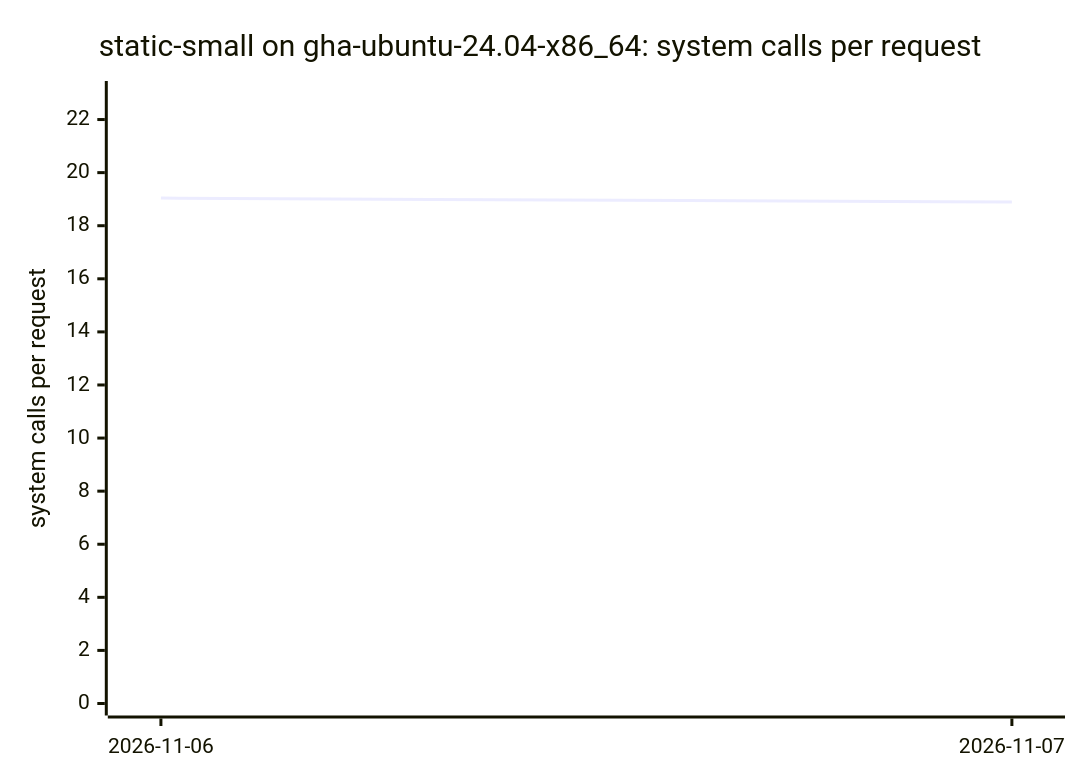
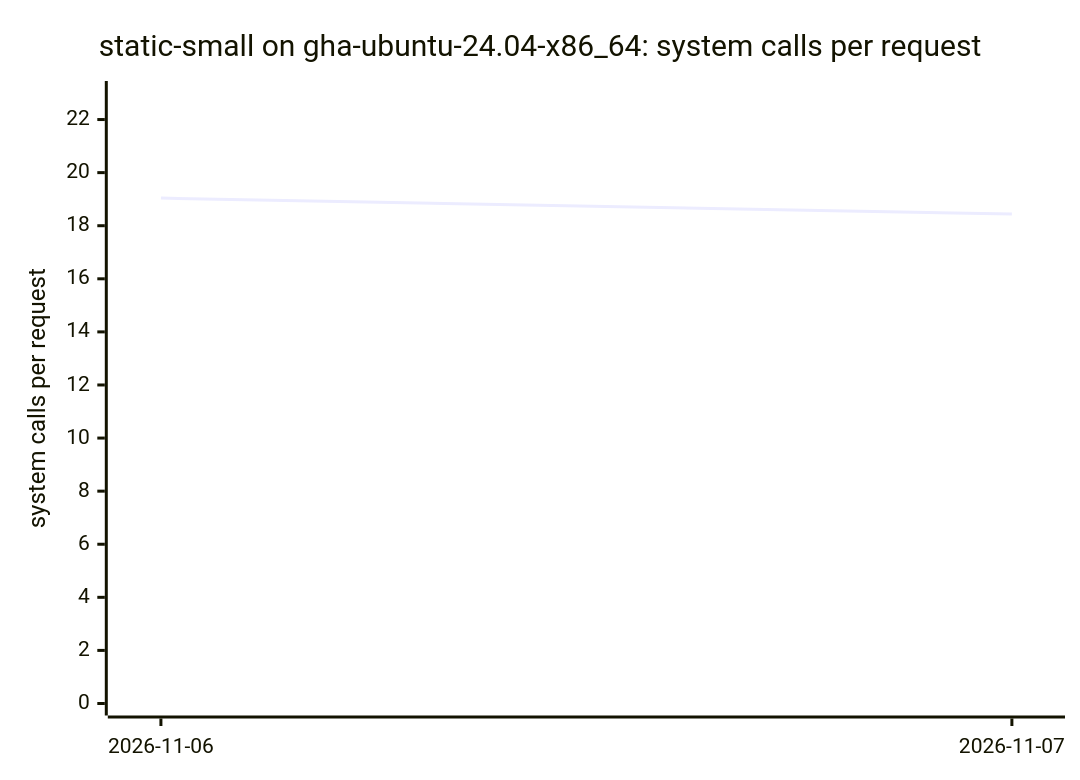
Before and after one commit to ThePixelPilgrim/durchlauferhitzer: the ninth of 16 diagrams in BENCHMARKS.md, drawn with Mermaid. The commit also changed other lines of this file and 1 other file, not shown here.

````diff
--- a/BENCHMARKS.md
+++ b/BENCHMARKS.md
@@ -96,7 +107,7 @@
 ```mermaid
 xychart-beta
   title "static-small on gha-ubuntu-24.04-x86_64: system calls per request"
   x-axis ["2026-11-06", "2026-11-07"]
   y-axis "system calls per request" 0 --> 23
-  line [19.04, 18.89]
+  line [19.04, 18.44]
 ```
````
